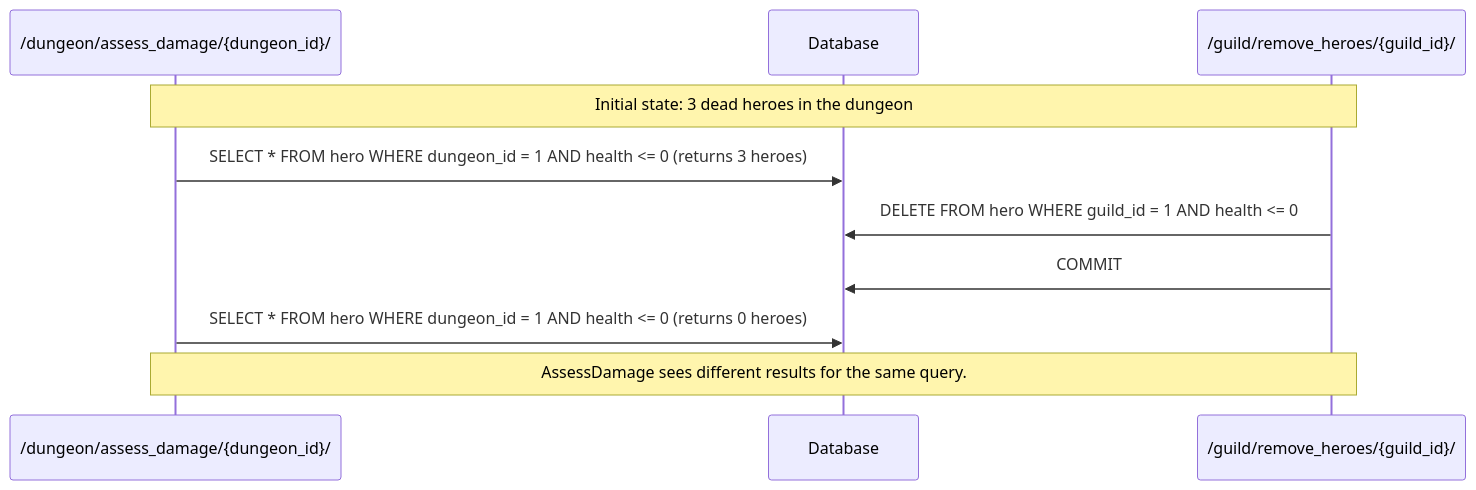
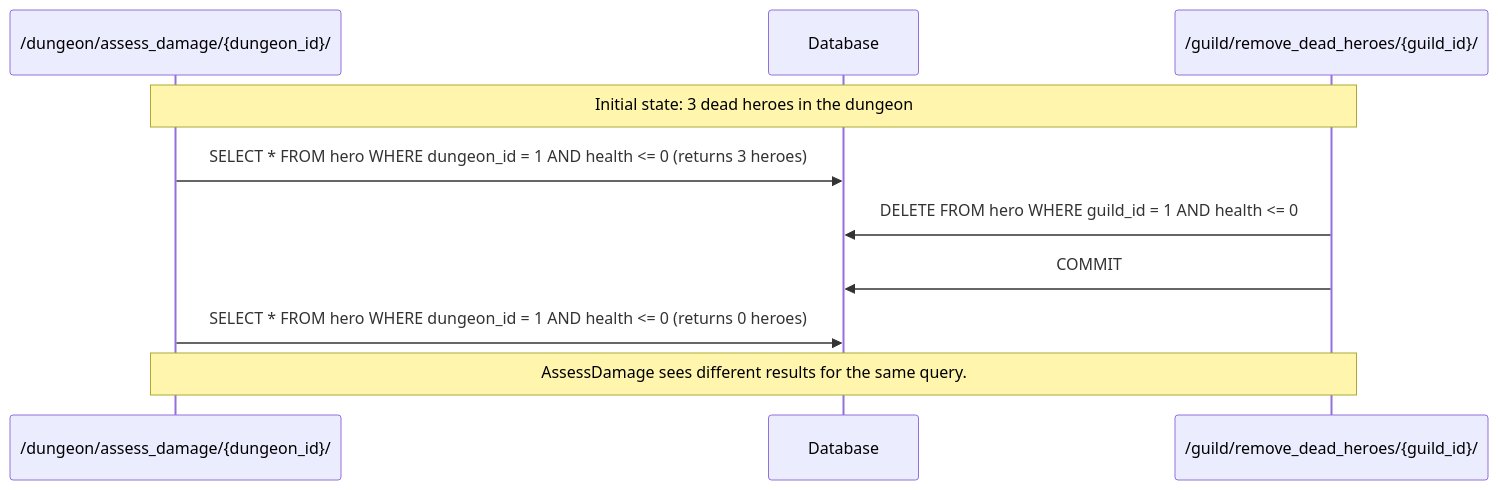
Before and after one commit to jluudev/365-group-project: the second of 3 diagrams in docs/concurrency.md, drawn with Mermaid. The commit also changed other lines of this file and 4 other files, not shown here.

Commit message:
remove_heroes renamed to remove_dead_heroes to be more reflective of function's purpose

````diff
--- a/docs/concurrency.md
+++ b/docs/concurrency.md
@@ -28,12 +28,12 @@
 ```mermaid
 sequenceDiagram
     participant AssessDamage as /dungeon/assess_damage/{dungeon_id}/
     participant DB as Database
-    participant RemoveHeroes as /guild/remove_heroes/{guild_id}/
+    participant RemoveHeroes as /guild/remove_dead_heroes/{guild_id}/
     Note over AssessDamage, RemoveHeroes: Initial state: 3 dead heroes in the dungeon
     AssessDamage->>DB: SELECT * FROM hero WHERE dungeon_id = 1 AND health <= 0 (returns 3 heroes)
     RemoveHeroes->>DB: DELETE FROM hero WHERE guild_id = 1 AND health <= 0
     RemoveHeroes->>DB: COMMIT
     AssessDamage->>DB: SELECT * FROM hero WHERE dungeon_id = 1 AND health <= 0 (returns 0 heroes)
     Note over AssessDamage, RemoveHeroes: AssessDamage sees different results for the same query.
 ```
````
